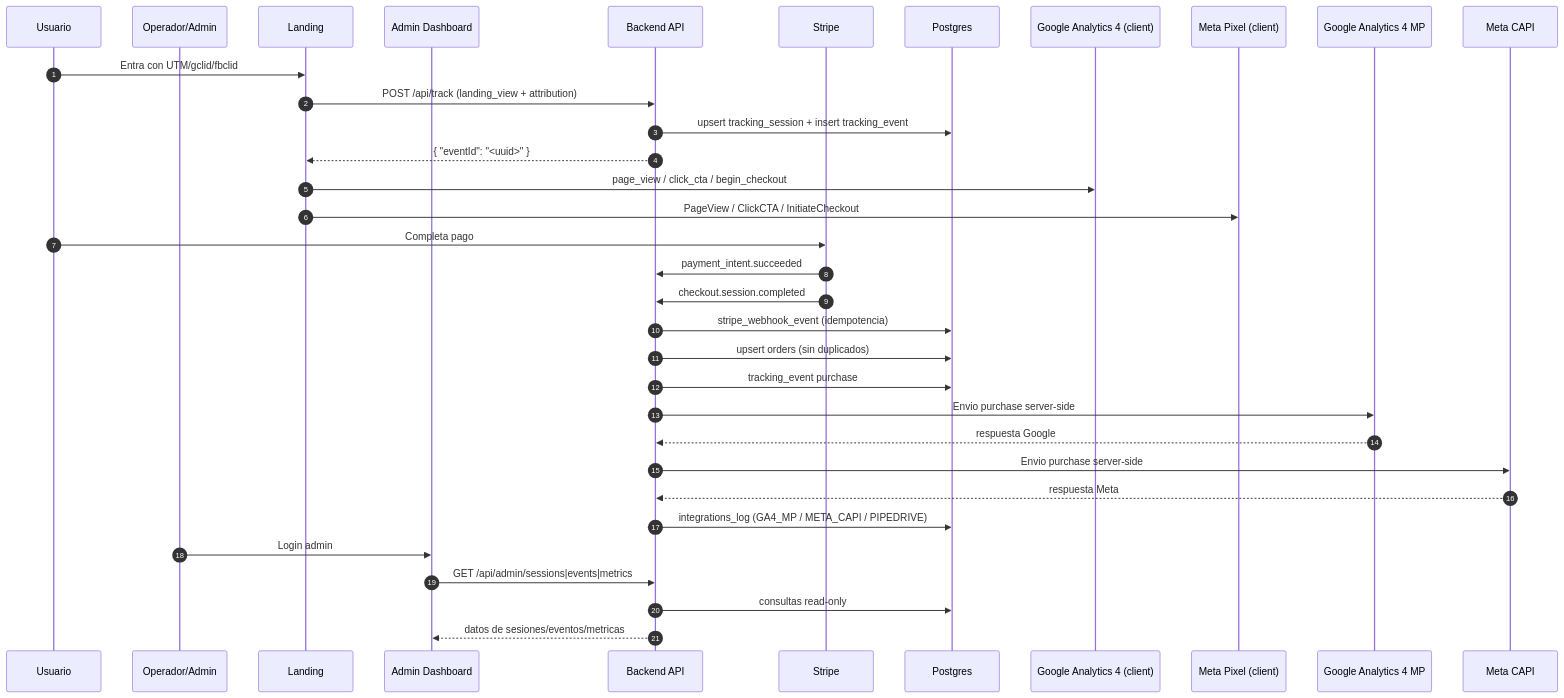
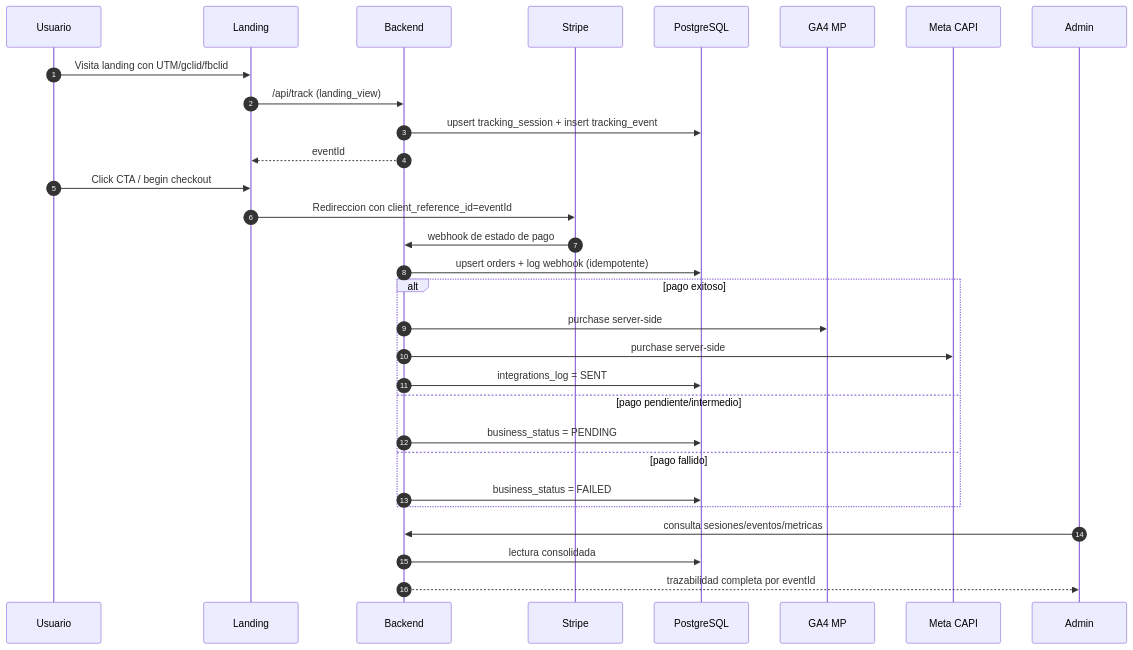
One commit to No-Country-simulation/S02-26-Equipo-15-Web-App-Development changed the second of 2 diagrams in README.md. Above: the diagram before and after it, drawn with Mermaid. The commit also changed other lines of this file and 10 other files, not shown here.

````diff
--- a/README.md
+++ b/README.md
@@ -98,40 +60,36 @@
 ```mermaid
 sequenceDiagram
   autonumber
   participant U as Usuario
-  participant A as Operador/Admin
   participant L as Landing
-  participant AD as Admin Dashboard
-  participant API as Backend API
+  participant API as Backend
   participant ST as Stripe
-  participant DB as Postgres
-  participant GAC as Google Analytics 4 (client)
-  participant MPC as Meta Pixel (client)
-  participant GASS as Google Analytics 4 MP
-  participant MCAPI as Meta CAPI
+  participant DB as PostgreSQL
+  participant GA as GA4 MP
+  participant META as Meta CAPI
+  participant AD as Admin
 
-  U->>L: Entra con UTM/gclid/fbclid
-  L->>API: POST /api/track (landing_view + attribution)
+  U->>L: Visita landing con UTM/gclid/fbclid
+  L->>API: /api/track (landing_view)
   API->>DB: upsert tracking_session + insert tracking_event
-  API-->>L: { "eventId": "<uuid>" }
-  L->>GAC: page_view / click_cta / begin_checkout
-  L->>MPC: PageView / ClickCTA / InitiateCheckout
+  API-->>L: eventId
 
-  U->>ST: Completa pago
-  ST->>API: payment_intent.succeeded
-  ST->>API: checkout.session.completed
+  U->>L: Click CTA / begin checkout
+  L->>ST: Redireccion con client_reference_id=eventId
+  ST->>API: webhook de estado de pago
+  API->>DB: upsert orders + log webhook (idempotente)
 
-  API->>DB: stripe_webhook_event (idempotencia)
-  API->>DB: upsert orders (sin duplicados)
-  API->>DB: tracking_event purchase
-  API->>GASS: Envio purchase server-side
-  GASS-->>API: respuesta Google
-  API->>MCAPI: Envio purchase server-side
-  MCAPI-->>API: respuesta Meta
-  API->>DB: integrations_log (GA4_MP / META_CAPI / PIPEDRIVE)
+  alt pago exitoso
+    API->>GA: purchase server-side
+    API->>META: purchase server-side
+    API->>DB: integrations_log = SENT
+  else pago pendiente/intermedio
+    API->>DB: business_status = PENDING
+  else pago fallido
+    API->>DB: business_status = FAILED
+  end
 
-  A->>AD: Login admin
-  AD->>API: GET /api/admin/sessions|events|metrics
-  API->>DB: consultas read-only
-  API-->>AD: datos de sesiones/eventos/metricas
+  AD->>API: consulta sesiones/eventos/metricas
+  API->>DB: lectura consolidada
+  API-->>AD: trazabilidad completa por eventId
 ```
````
